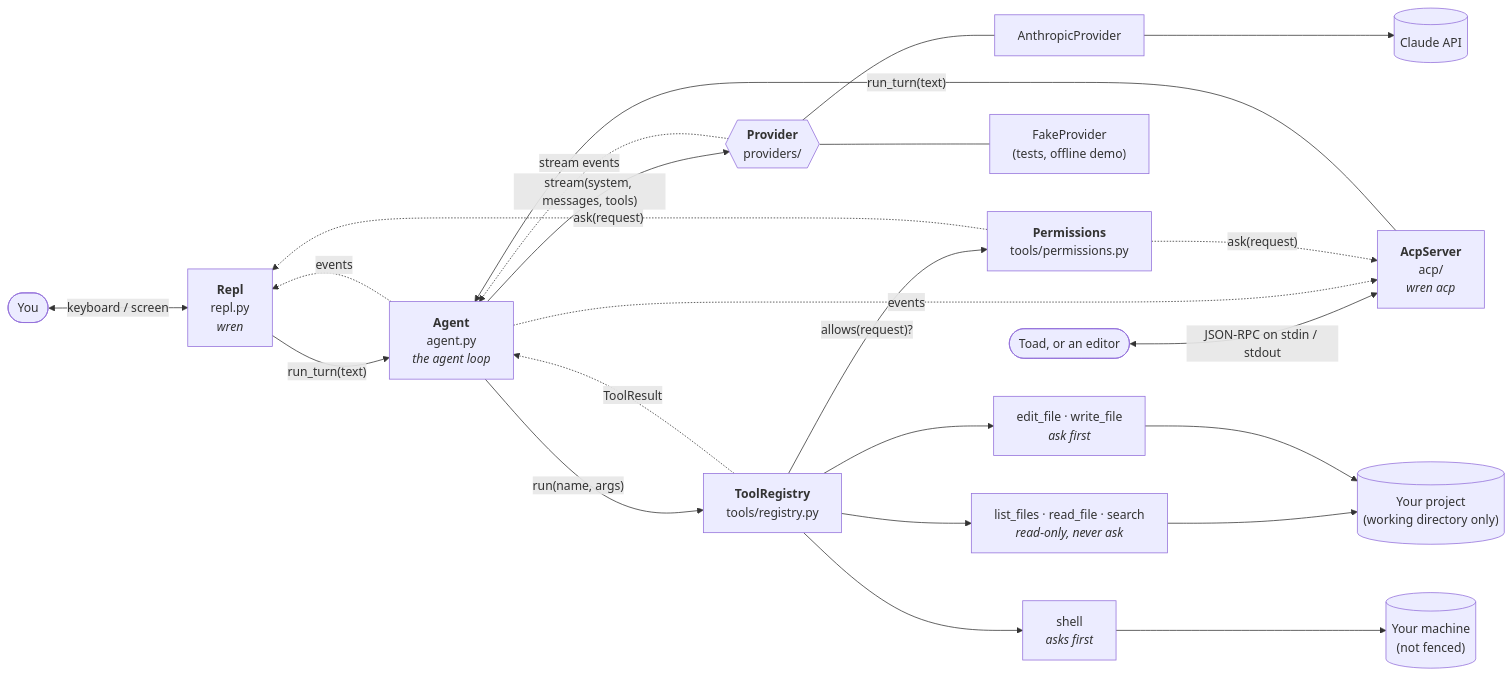
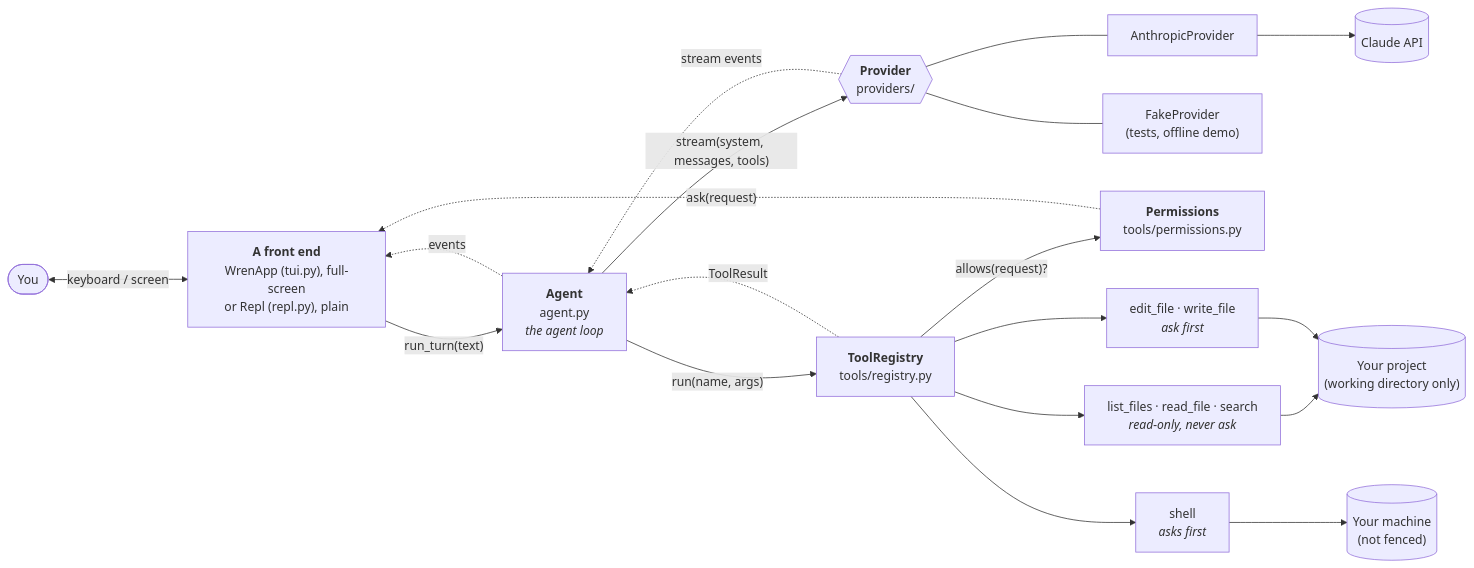
One commit to bensullivan2002/wren changed the diagram in docs/ARCHITECTURE.md. Above: the diagram before and after it, drawn with Mermaid. The commit also changed other lines of this file and 17 other files, not shown here.

First line of the commit message:
Step 4: a full-screen Textual interface (replaces the ACP mode)

````diff
--- a/docs/ARCHITECTURE.md
+++ b/docs/ARCHITECTURE.md
@@ -11,21 +11,17 @@
 ```mermaid
 flowchart LR
-    you([You]) <-->|keyboard / screen| repl["<b>Repl</b><br/>repl.py<br/><i>wren</i>"]
-    client(["Toad, or an editor"]) <-->|"JSON-RPC on stdin / stdout"| acp["<b>AcpServer</b><br/>acp/<br/><i>wren acp</i>"]
-    repl -->|"run_turn(text)"| agent["<b>Agent</b><br/>agent.py<br/><i>the agent loop</i>"]
-    acp -->|"run_turn(text)"| agent
-    agent -.->|events| repl
-    agent -.->|events| acp
+    you([You]) <-->|keyboard / screen| ui["<b>A front end</b><br/>WrenApp (tui.py), full-screen<br/>or Repl (repl.py), plain"]
+    ui -->|"run_turn(text)"| agent["<b>Agent</b><br/>agent.py<br/><i>the agent loop</i>"]
+    agent -.->|events| ui
     agent -->|"stream(system, messages, tools)"| provider{{"<b>Provider</b><br/>providers/"}}
     provider -.->|stream events| agent
     provider --- anthropic["AnthropicProvider"] --> api[("Claude API")]
     provider --- fake["FakeProvider<br/>(tests, offline demo)"]
     agent -->|"run(name, args)"| registry["<b>ToolRegistry</b><br/>tools/registry.py"]
     registry -.->|ToolResult| agent
     registry -->|"allows(request)?"| perms["<b>Permissions</b><br/>tools/permissions.py"]
-    perms -.->|"ask(request)"| repl
-    perms -.->|"ask(request)"| acp
+    perms -.->|"ask(request)"| ui
     registry --> ro["list_files · read_file · search<br/><i>read-only, never ask</i>"] --> fs[("Your project<br/>(working directory only)")]
     registry --> rw["edit_file · write_file<br/><i>ask first</i>"] --> fs
     registry --> sh["shell<br/><i>asks first</i>"] --> os[("Your machine<br/>(not fenced)")]
 ```
````
